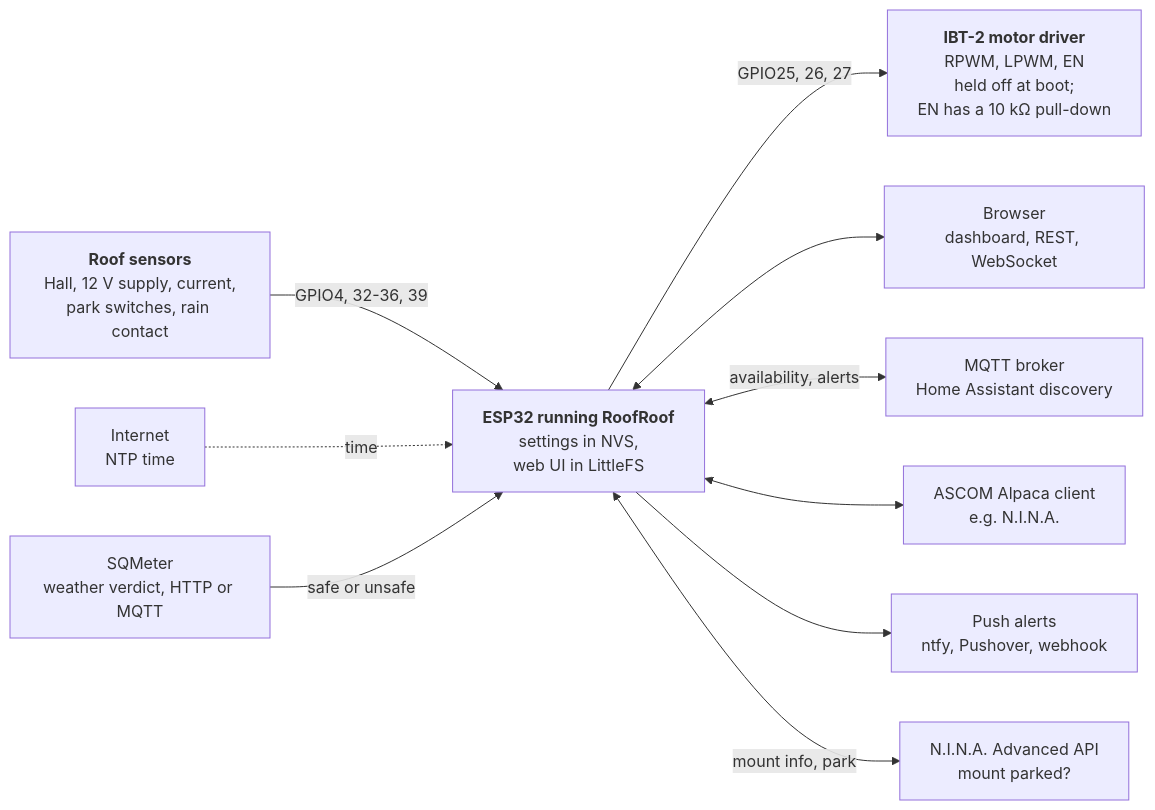
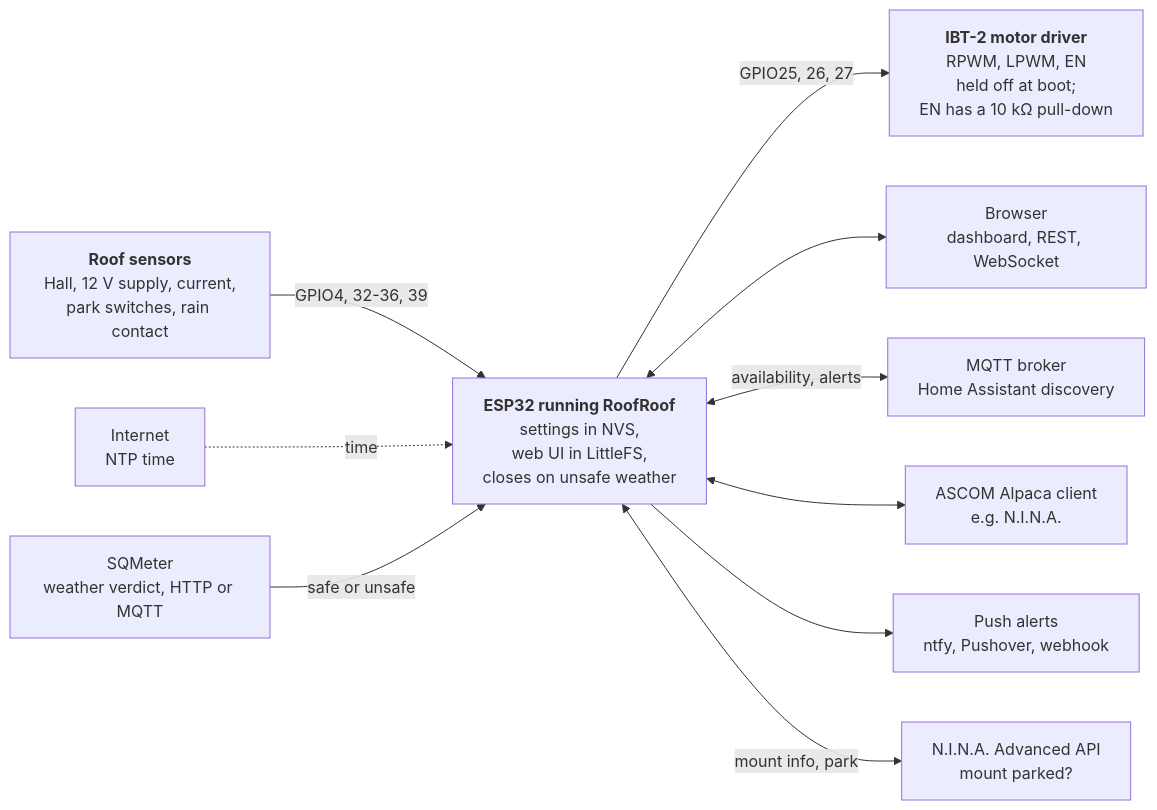
One commit to DeanJ87/RoofRoof changed the diagram in docs/index.md. Above: the diagram before and after it, drawn with Mermaid. The commit also changed other lines of this file and 10 other files, not shown here.

Commit message:
005: docs - close on unsafe weather page with the DIA-22 safety diagram, alerts, configuration, safety inputs; DIA-01 updated, DIA-06/11/15 re-confirmed

````diff
--- a/docs/index.md
+++ b/docs/index.md
@@ -29,24 +29,24 @@
 ```mermaid
 flowchart LR
     accTitle: What RoofRoof connects to
-    accDescr: The ESP32 holds the motor driver's pins low from boot and drives it on a person's command, reads the roof's Hall, supply, current, park and rain inputs, keeps its settings and web UI on the device, serves a dashboard and APIs to browsers, publishes to an MQTT broker, answers ASCOM Alpaca clients such as N.I.N.A., and sends alerts to push services. It reads the weather verdict from SQMeter and the mount's park state from N.I.N.A.'s Advanced API. It gets time from the internet by NTP.
+    accDescr: The ESP32 holds the motor driver's pins low from boot and drives it on a person's command or to close the roof when the weather turns unsafe, reads the roof's Hall, supply, current, park and rain inputs, keeps its settings and web UI on the device, serves a dashboard and APIs to browsers, publishes to an MQTT broker, answers ASCOM Alpaca clients such as N.I.N.A., and sends alerts to push services. It reads the weather verdict from SQMeter and the mount's park state from N.I.N.A.'s Advanced API. It gets time from the internet by NTP.
     DRIVER["<b>IBT-2 motor driver</b><br/>RPWM, LPWM, EN<br/>held off at boot;<br/>EN has a 10 kΩ pull-down"]
     SENSE["<b>Roof sensors</b><br/>Hall, 12 V supply, current,<br/>park switches, rain contact"]
-    ESP["<b>ESP32 running RoofRoof</b><br/>settings in NVS,<br/>web UI in LittleFS"]
+    ESP["<b>ESP32 running RoofRoof</b><br/>settings in NVS,<br/>web UI in LittleFS,<br/>closes on unsafe weather"]
     WEB["Browser<br/>dashboard, REST, WebSocket"]
     MQTT["MQTT broker<br/>Home Assistant discovery"]
     ALPACA["ASCOM Alpaca client<br/>e.g. N.I.N.A."]
     PUSH["Push alerts<br/>ntfy, Pushover, webhook"]
     NET["Internet<br/>NTP time"]
     SQM["SQMeter<br/>weather verdict, HTTP or MQTT"]
     NAPI["N.I.N.A. Advanced API<br/>mount parked?"]
     ESP -->|"GPIO25, 26, 27"| DRIVER
     SENSE -->|"GPIO4, 32-36, 39"| ESP
     NET -.->|time| ESP
     ESP <--> WEB
     ESP <-->|availability, alerts| MQTT
     ESP <--> ALPACA
     ESP --> PUSH
     SQM -->|safe or unsafe| ESP
     ESP <-->|mount info, park| NAPI
 ```
````
